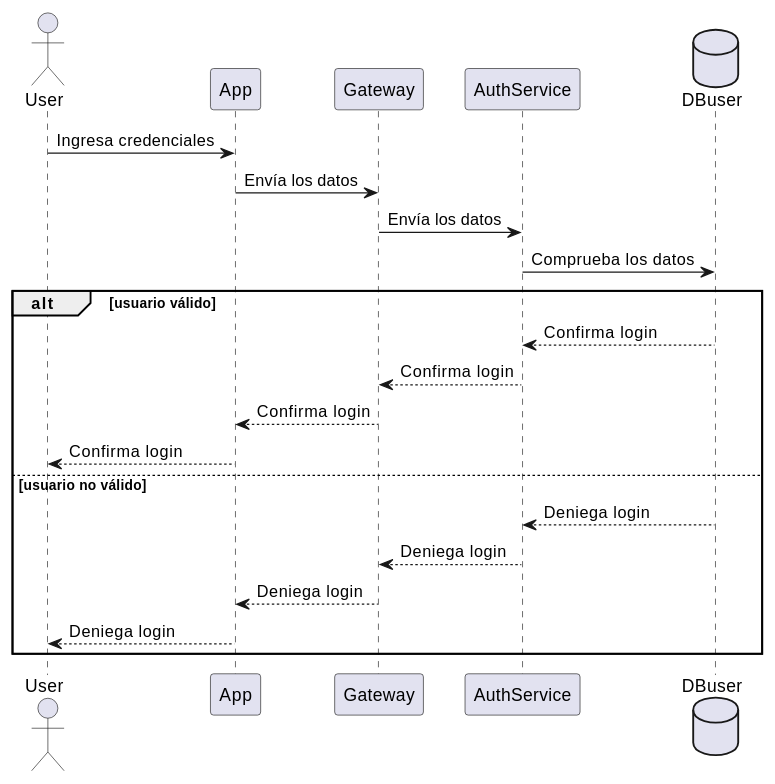
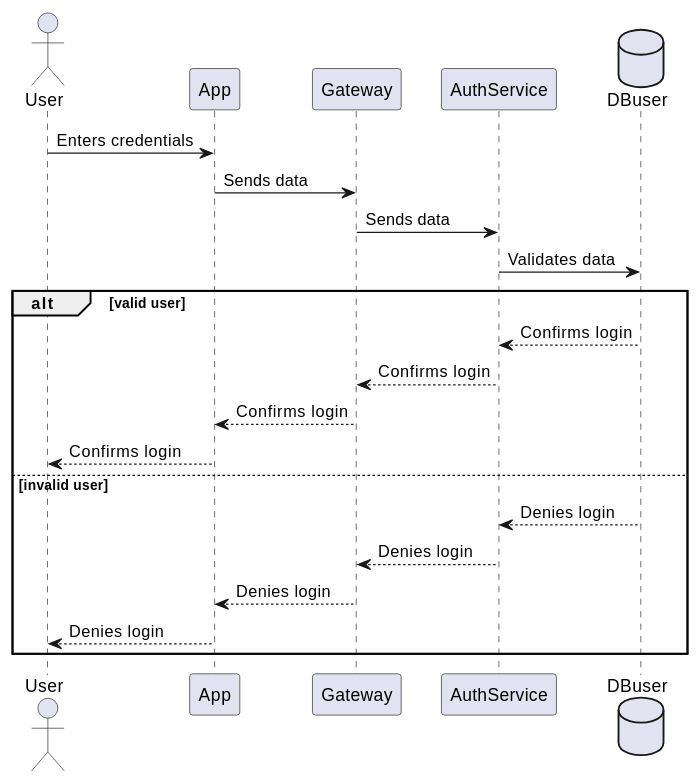
The second of 5 diagrams in docs/src/06_runtime_view.adoc (Arquisoft/wichat_es6b), drawn with PlantUML before and after one commit. The commit also changed other lines of this file, not shown here.

```diff
--- a/docs/src/06_runtime_view.adoc
+++ b/docs/src/06_runtime_view.adoc
@@ -72,25 +72,25 @@
 [plantuml, login, png]
 ----
 actor User
 participant App
 participant Gateway
 participant AuthService
 database DBuser
 
-User -> App: Ingresa credenciales
-App -> Gateway: Envía los datos
-Gateway -> AuthService: Envía los datos
-AuthService -> DBuser: Comprueba los datos
+User -> App: Enters credentials
+App -> Gateway: Sends data
+Gateway -> AuthService: Sends data
+AuthService -> DBuser: Validates data
 
-alt usuario válido
-    AuthService <-- DBuser: Confirma login
-    Gateway <-- AuthService: Confirma login
-    App <-- Gateway: Confirma login
-    User <-- App: Confirma login
-else usuario no válido
-    AuthService <-- DBuser: Deniega login
-    Gateway <-- AuthService: Deniega login
-    App <-- Gateway: Deniega login
-    User <-- App: Deniega login
+alt valid user
+    AuthService <-- DBuser: Confirms login
+    Gateway <-- AuthService: Confirms login
+    App <-- Gateway: Confirms login
+    User <-- App: Confirms login
+else invalid user
+    AuthService <-- DBuser: Denies login
+    Gateway <-- AuthService: Denies login
+    App <-- Gateway: Denies login
+    User <-- App: Denies login
 end
 ----
```
